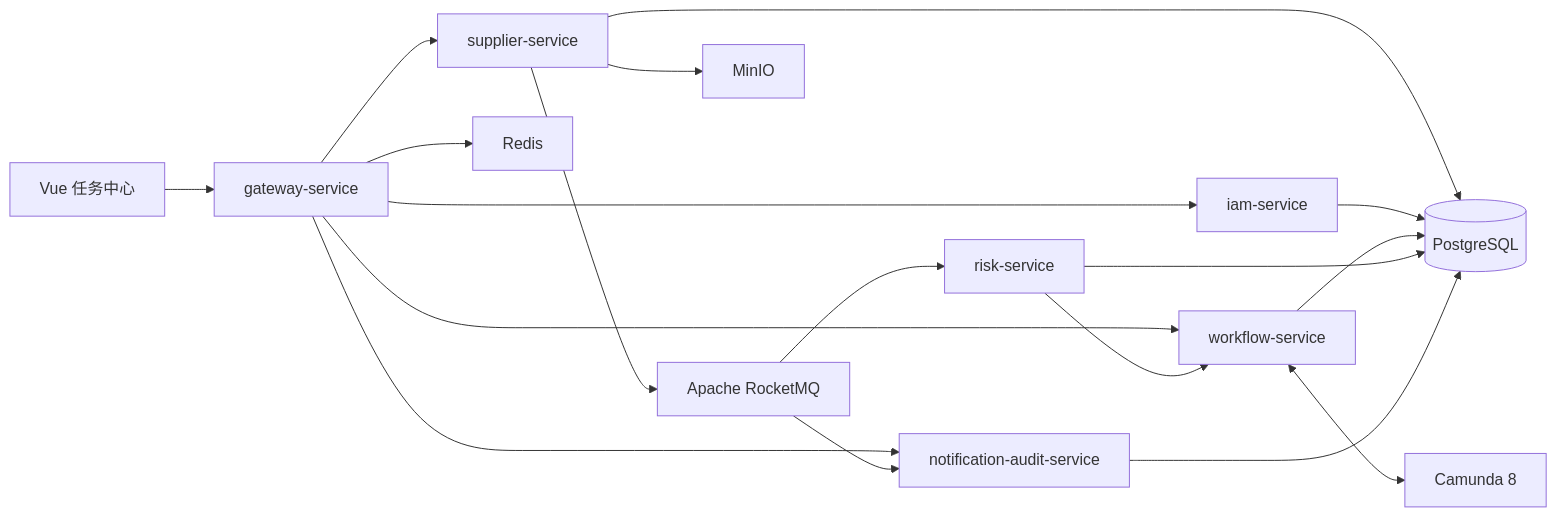
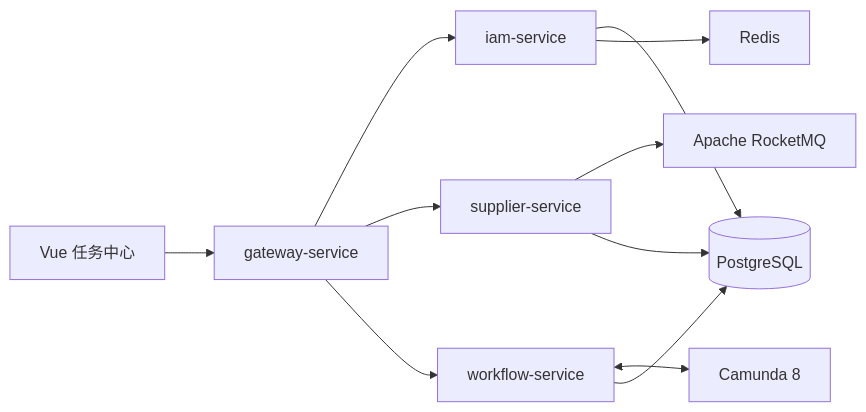
One commit to SeanidHau/FlowMesh changed the diagram in docs/architecture.md. Above: the diagram before and after it, drawn with Mermaid. The commit also changed other lines of this file and 23 other files, not shown here.

````diff
--- a/docs/architecture.md
+++ b/docs/architecture.md
@@ -9,20 +9,13 @@
 ```mermaid
 flowchart LR
   UI[Vue 任务中心] --> GW[gateway-service]
   GW --> IAM[iam-service]
   GW --> SUP[supplier-service]
   GW --> WF[workflow-service]
-  GW --> AUD[notification-audit-service]
   WF <--> CAM[Camunda 8]
   SUP --> RMQ[Apache RocketMQ]
-  RMQ --> RISK[risk-service]
-  RMQ --> AUD
-  RISK --> WF
   SUP --> PG[(PostgreSQL)]
   IAM --> PG
   WF --> PG
-  RISK --> PG
-  AUD --> PG
-  SUP --> MINIO[MinIO]
-  GW --> REDIS[Redis]
+  IAM --> REDIS[Redis]
 ```
````
